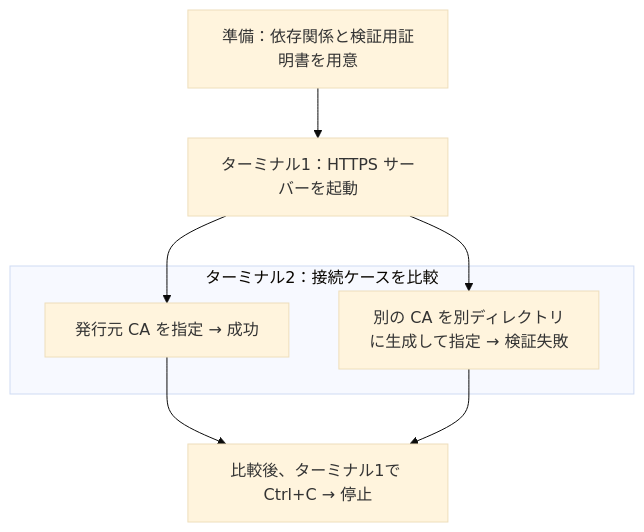
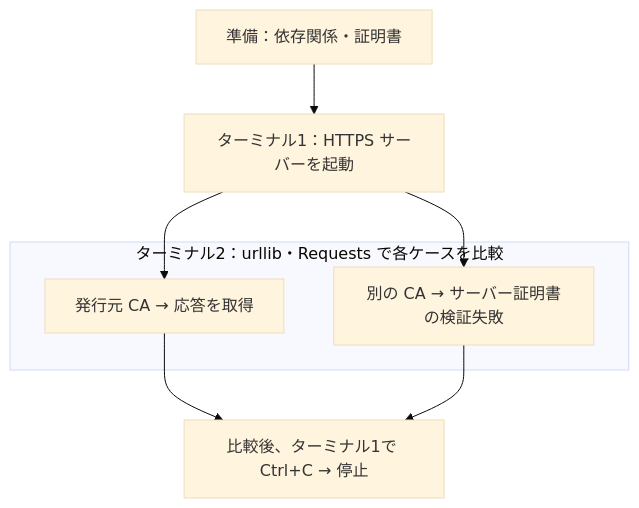
Before and after one commit to tayutaedomo/mlts-sandbox: the first of 2 diagrams in local-mtls/README.md, drawn with Mermaid (base theme). The commit also changed other lines of this file and 2 other files, not shown here.

First line of the commit message:
docs: HTTPS・mTLS の確認手順とクライアント比較を整理

````diff
--- a/local-mtls/README.md
+++ b/local-mtls/README.md
@@ -65,12 +72,12 @@
 ```mermaid
 flowchart TD
-    A["準備：依存関係と検証用証明書を用意"] --> B["ターミナル1：HTTPS サーバーを起動"]
-    subgraph client["ターミナル2：接続ケースを比較"]
-        C["発行元 CA を指定 → 成功"]
-        D["別の CA を別ディレクトリに生成して指定 → 検証失敗"]
+    A["準備：依存関係・証明書"] --> B["ターミナル1：HTTPS サーバーを起動"]
+    subgraph client["ターミナル2：urllib・Requests で各ケースを比較"]
+        C["発行元 CA → 応答を取得"]
+        D["別の CA → サーバー証明書の検証失敗"]
     end
     B --> C
     B --> D
     C --> E["比較後、ターミナル1で Ctrl+C → 停止"]
     D --> E
 ```
````
